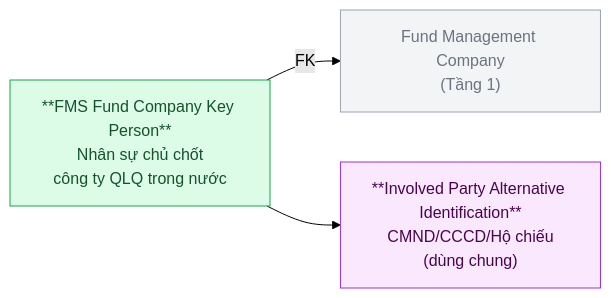
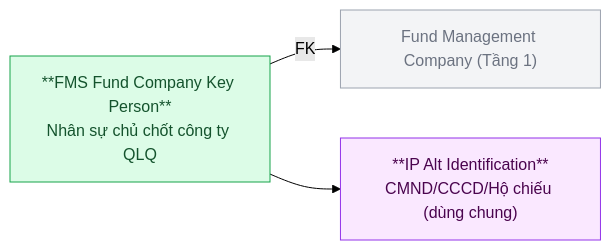
Before and after one commit to linhlvit/ubck_atomic_design: the sixth of 16 diagrams in Silver/hld/FMS_HLD_Tier2.md, drawn with Mermaid (forest theme). The commit also changed other lines of this file and 1 other file, not shown here.

Commit message:
HLD FMS Tier 2

````diff
--- a/Silver/hld/FMS_HLD_Tier2.md
+++ b/Silver/hld/FMS_HLD_Tier2.md
@@ -157,13 +149,13 @@
 ```mermaid
 graph LR
     classDef silver fill:#dcfce7,stroke:#16a34a,color:#14532d
     classDef shared fill:#fae8ff,stroke:#9333ea,color:#4a044e
     classDef refnode fill:#f3f4f6,stroke:#9ca3af,color:#6b7280
 
-    FMC["Fund Management Company\n(Tầng 1)"]:::refnode
-    KP["**FMS Fund Company Key Person**\nNhân sự chủ chốt\ncông ty QLQ trong nước"]:::silver
-    ALTID["**Involved Party Alternative Identification**\nCMND/CCCD/Hộ chiếu\n(dùng chung)"]:::shared
+    FMC["Fund Management Company (Tầng 1)"]:::refnode
+    KP["**FMS Fund Company Key Person**\nNhân sự chủ chốt công ty QLQ"]:::silver
+    ALTID["**IP Alt Identification**\nCMND/CCCD/Hộ chiếu (dùng chung)"]:::shared
 
     KP -->|FK| FMC
     KP --> ALTID
 ```
````
